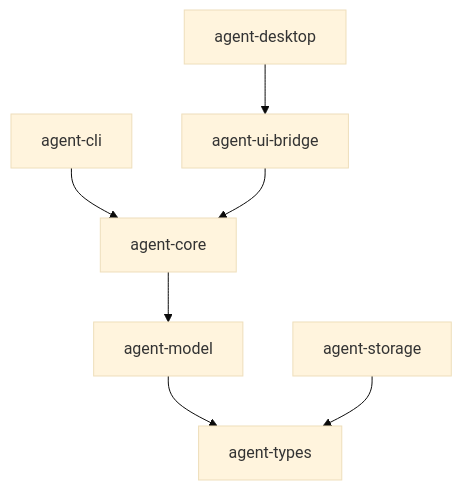
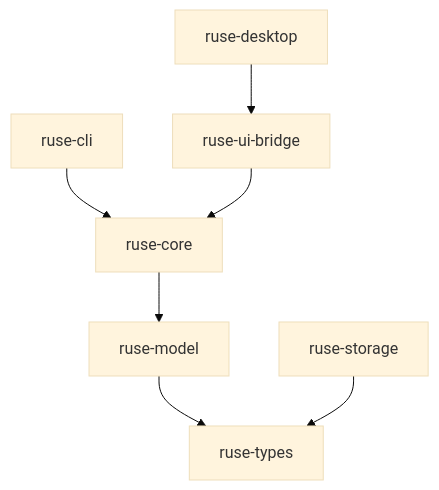
One commit to poneding/agent changed the diagram in docs/specs/M13-00-real-model-providers-config-technical-design.spec.md. Above: the diagram before and after it, drawn with Mermaid (base theme). The commit also changed other lines of this file and 2091 other files, not shown here.

First line of the commit message:
refactor: rename agent branding to ruse

````diff
--- a/docs/specs/M13-00-real-model-providers-config-technical-design.spec.md
+++ b/docs/specs/M13-00-real-model-providers-config-technical-design.spec.md
@@ -35,9 +35,9 @@
 ```mermaid
 flowchart TD
-  model["agent-model"] --> types["agent-types"]
-  core["agent-core"] --> model
-  cli["agent-cli"] --> core
-  desktop["agent-desktop"] --> bridge["agent-ui-bridge"]
+  model["ruse-model"] --> types["ruse-types"]
+  core["ruse-core"] --> model
+  cli["ruse-cli"] --> core
+  desktop["ruse-desktop"] --> bridge["ruse-ui-bridge"]
   bridge --> core
-  storage["agent-storage"] --> types
+  storage["ruse-storage"] --> types
 ```
````
